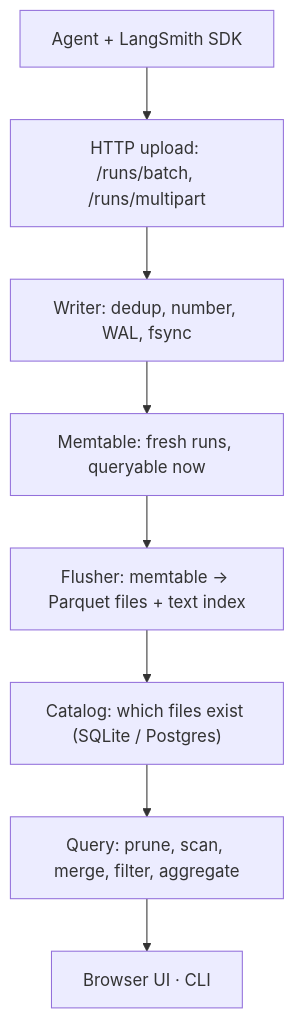
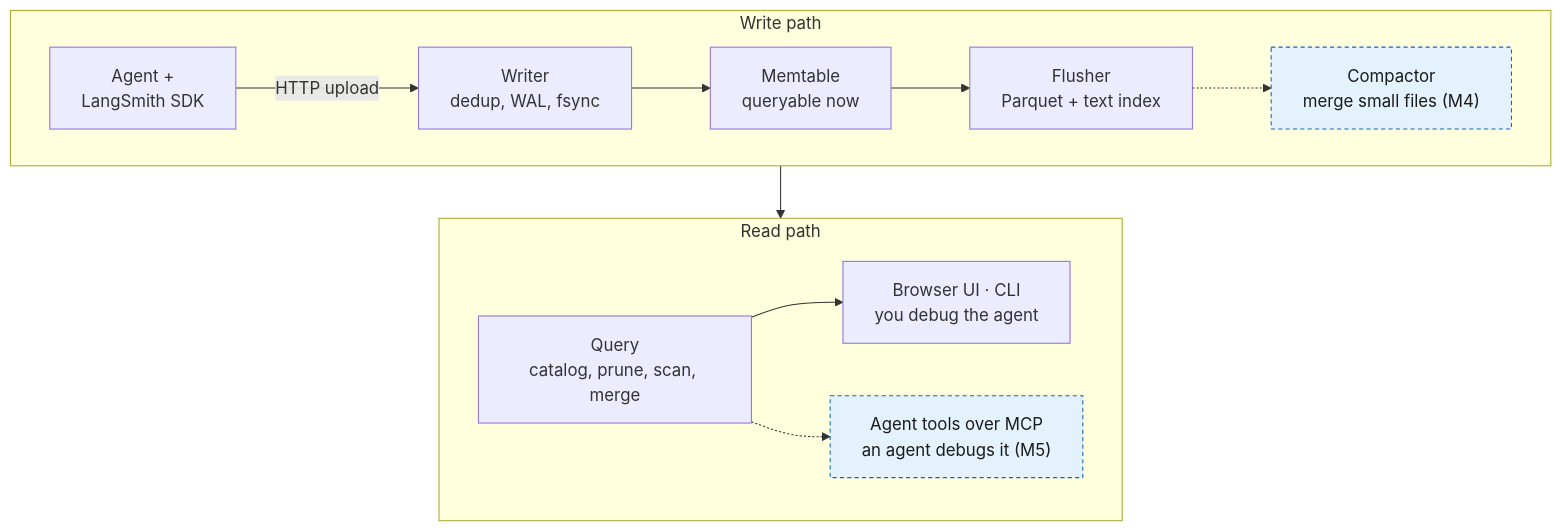
The second of 13 diagrams in STARTER_GUIDE.md (liukai/smithling), drawn with Mermaid before and after one commit. The commit also changed other lines of this file and 4 other files, not shown here.

````diff
--- a/STARTER_GUIDE.md
+++ b/STARTER_GUIDE.md
@@ -117,12 +120,17 @@
 ```mermaid
 flowchart TB
-    A["Agent + LangSmith SDK"]
-    B["HTTP upload: /runs/batch, /runs/multipart"]
-    C["Writer: dedup, number, WAL, fsync"]
-    D["Memtable: fresh runs, queryable now"]
-    E["Flusher: memtable → Parquet files + text index"]
-    F["Catalog: which files exist (SQLite / Postgres)"]
-    G["Query: prune, scan, merge, filter, aggregate"]
-    H["Browser UI · CLI"]
-    A --> B --> C --> D --> E --> F --> G --> H
+    subgraph W["Write path"]
+        direction LR
+        A["Agent +<br/>LangSmith SDK"] -- "HTTP upload" --> C["Writer<br/>dedup, WAL, fsync"]
+        C --> D["Memtable<br/>queryable now"]
+        D --> E["Flusher<br/>Parquet + text index"]
+        E -.-> K["Compactor<br/>merge small files (M4)"]:::plan
+    end
+    subgraph R["Read path"]
+        direction LR
+        G["Query<br/>catalog, prune, scan, merge"] --> H["Browser UI · CLI<br/>you debug the agent"]
+        G -.-> I["Agent tools over MCP<br/>an agent debugs it (M5)"]:::plan
+    end
+    W --> R
+    classDef plan fill:#e3f2fd,stroke:#1565c0,color:#1b1b1b,stroke-dasharray: 4 3
 ```
````
